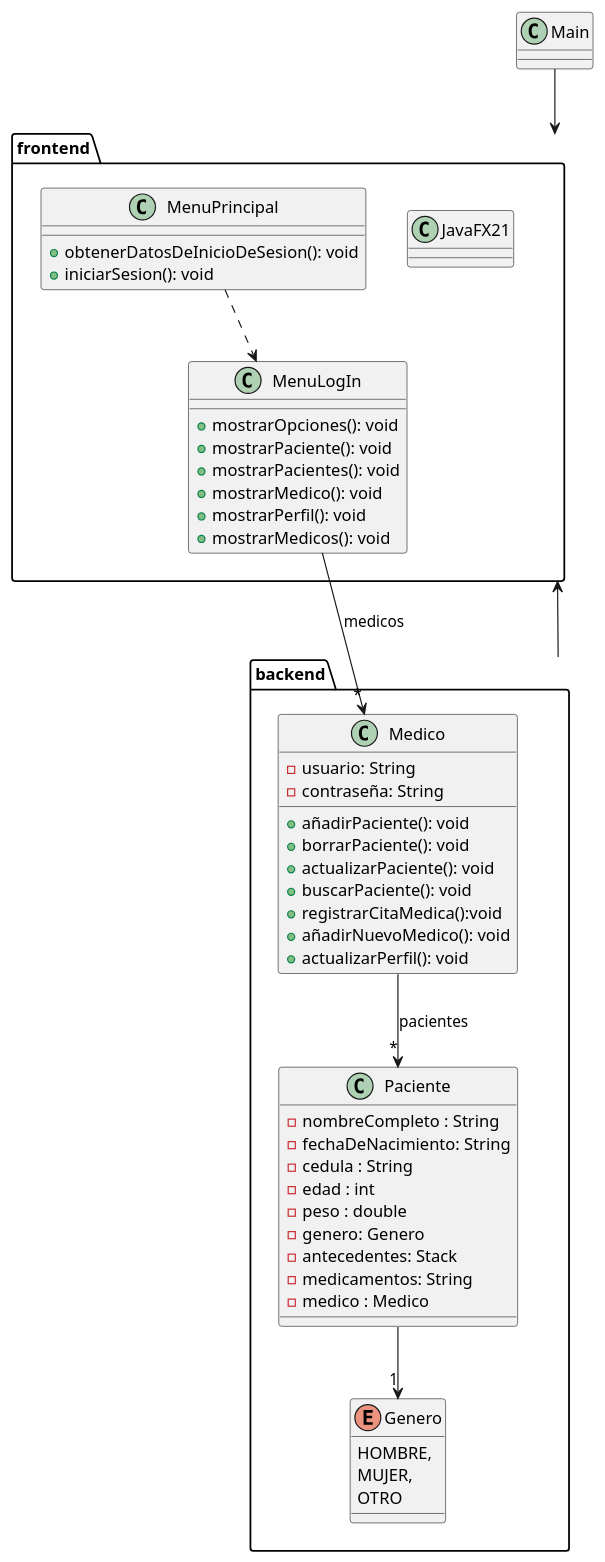
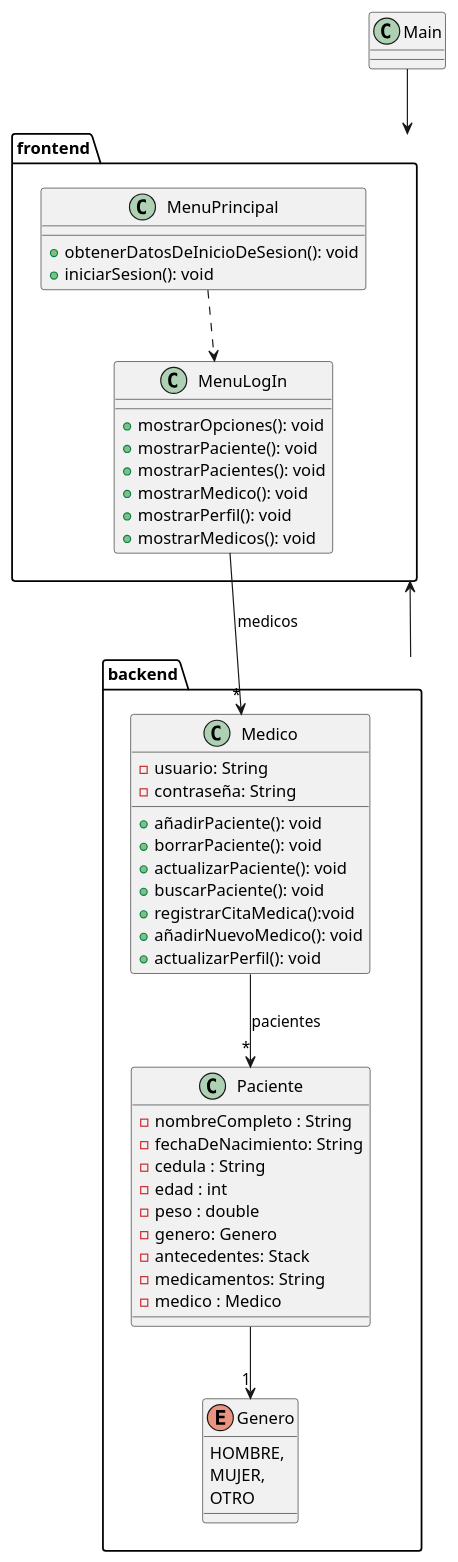
Before and after one commit to KealPetu/consultorioMedicoEDA: the diagram in src/programaConsultorio.puml, drawn with PlantUML. The commit also changed 3 other files, not shown here.

```diff
--- a/src/programaConsultorio.puml
+++ b/src/programaConsultorio.puml
@@ -1,70 +1,57 @@
 @startuml
 'https://plantuml.com/class-diagram'
 
 class Main
 
 package frontend{
-    class JavaFX21
-
     class MenuLogIn{
-
         + mostrarOpciones(): void
         + mostrarPaciente(): void
         + mostrarPacientes(): void
         + mostrarMedico(): void
         + mostrarPerfil(): void
         + mostrarMedicos(): void
-
     }
     class MenuPrincipal{
-
         + obtenerDatosDeInicioDeSesion(): void
         + iniciarSesion(): void
-
     }
 }
 
 package backend {
-
     enum Genero{
-
         HOMBRE,
         MUJER,
         OTRO
-
     }
     class Paciente{
-
         - nombreCompleto : String
         - fechaDeNacimiento: String
         - cedula : String
         - edad : int
         - peso : double
         - genero: Genero
         - antecedentes: Stack
         - medicamentos: String
         - medico : Medico
-
     }
     class Medico{
-
         - usuario: String
         - contraseña: String
         + añadirPaciente(): void
         + borrarPaciente(): void
         + actualizarPaciente(): void
         + buscarPaciente(): void
         + registrarCitaMedica():void
         + añadirNuevoMedico(): void
         + actualizarPerfil(): void
-
     }
 }
 
 Main --> frontend
 backend -r-> frontend
 Medico -->"*" Paciente: pacientes
 Paciente -->"1" Genero
 MenuLogIn --> "*"Medico: medicos
 MenuPrincipal ..> MenuLogIn
 @enduml
```
